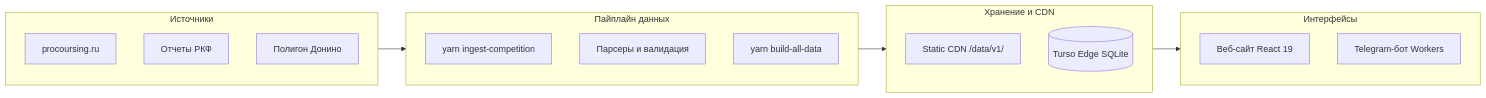
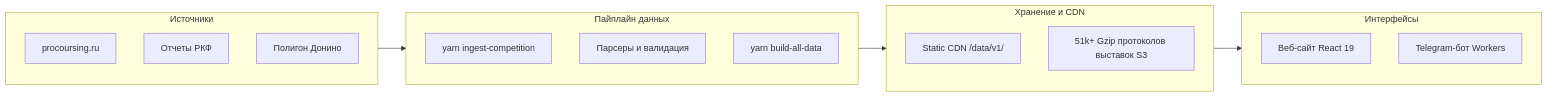
The diagram in README.md (antajl/Coursing-Stats), drawn with Mermaid before and after one commit. The commit also changed other lines of this file, not shown here.

Commit message:
docs: modernize README logo, badges, and architecture stack

````diff
--- a/README.md
+++ b/README.md
@@ -60,26 +62,26 @@
 ```mermaid
 flowchart LR
     subgraph Sources[Источники]
         P[procoursing.ru]
         R[Отчеты РКФ]
         D[Полигон Донино]
     end
 
     subgraph Pipeline[Пайплайн данных]
         Ingest[yarn ingest-competition]
         Parsers[Парсеры и валидация]
         Build[yarn build-all-data]
     end
 
     subgraph Storage[Хранение и CDN]
         CDN[Static CDN /data/v1/]
-        Turso[(Turso Edge SQLite)]
+        Protocols[51k+ Gzip протоколов выставок S3]
     end
 
     subgraph Clients[Интерфейсы]
         Web[Веб-сайт React 19]
         Bot[Telegram-бот Workers]
     end
 
     Sources --> Pipeline --> Storage --> Clients
 ```
````
